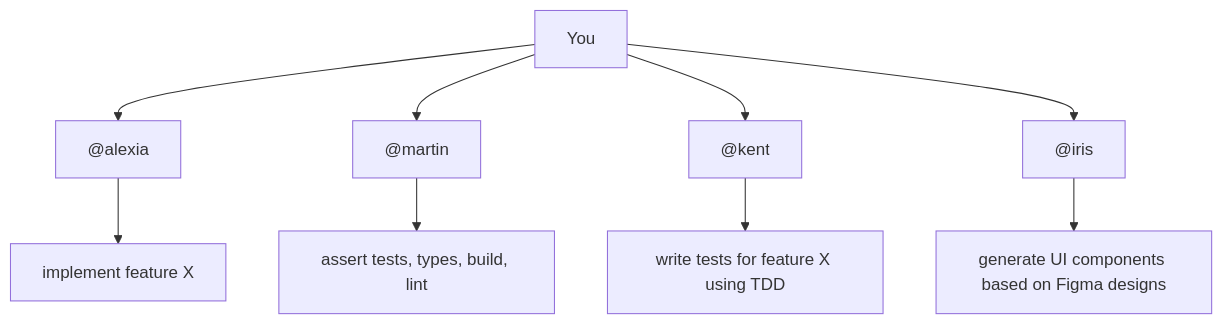
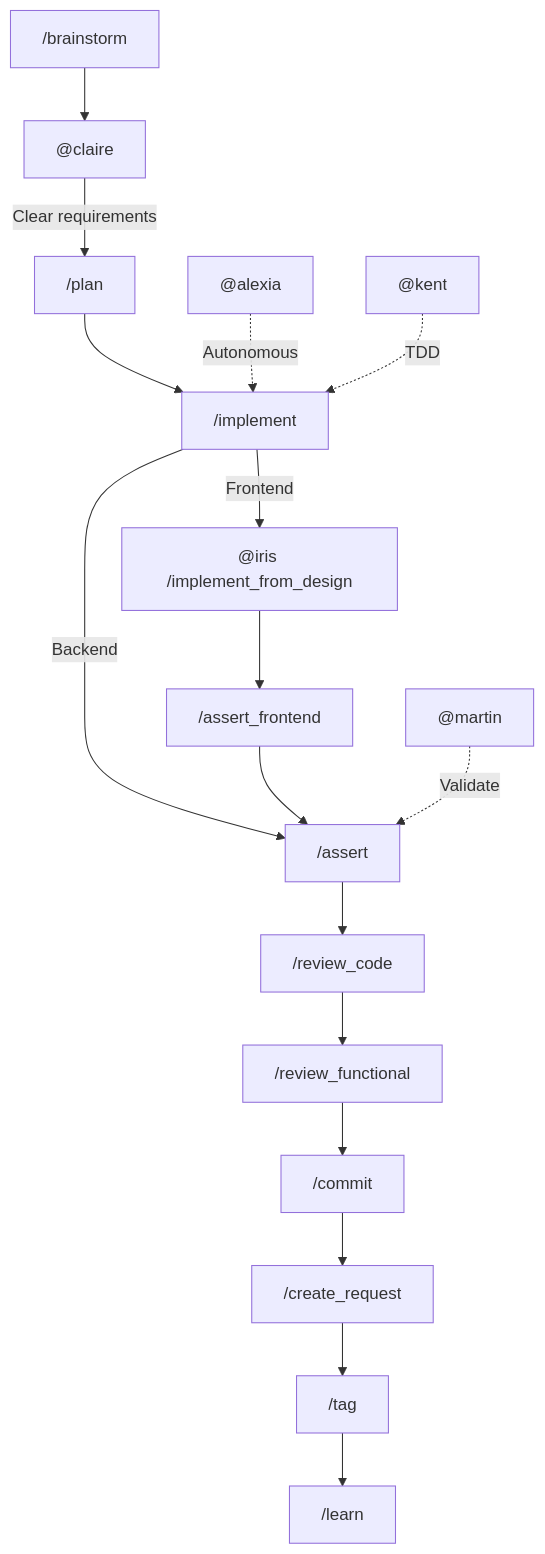
One commit to igounton/framework changed the sixth of 8 diagrams in aidd_docs/README.md. Above: the diagram before and after it, drawn with Mermaid. The commit also changed other lines of this file and 7 other files, not shown here.

Commit message:
feat: enhance documentation for challenge skill and add mermaid generation rules

````diff
--- a/aidd_docs/README.md
+++ b/aidd_docs/README.md
@@ -147,12 +398,22 @@
 ```mermaid
 graph TD
-  User["You"] --> A
-  User --> B
-  User --> C
-  User --> D
+    B["/brainstorm"] --> CL["@claire"]
+    CL -->|"Clear requirements"| P["/plan"]
+    P --> I["/implement"]
 
-  A["@alexia"] --> A1["implement feature X"]
-  B["@martin"] --> B1["assert tests, types, build, lint"]
-  C["@kent"] --> C1["write tests for feature X using TDD"]
-  D["@iris"] --> D1["generate UI components based on Figma designs"]
+    I -->|"Backend"| AB["/assert"]
+    I -->|"Frontend"| FD["@iris /implement_from_design"]
+    FD --> AF["/assert_frontend"]
+    AF --> AB
+
+    AB --> RC["/review_code"]
+    RC --> RF["/review_functional"]
+    RF --> C["/commit"]
+    C --> CR["/create_request"]
+    CR --> T["/tag"]
+    T --> L["/learn"]
+
+    AX["@alexia"] -.->|"Autonomous"| I
+    K["@kent"] -.->|"TDD"| I
+    M["@martin"] -.->|"Validate"| AB
 ```
````
